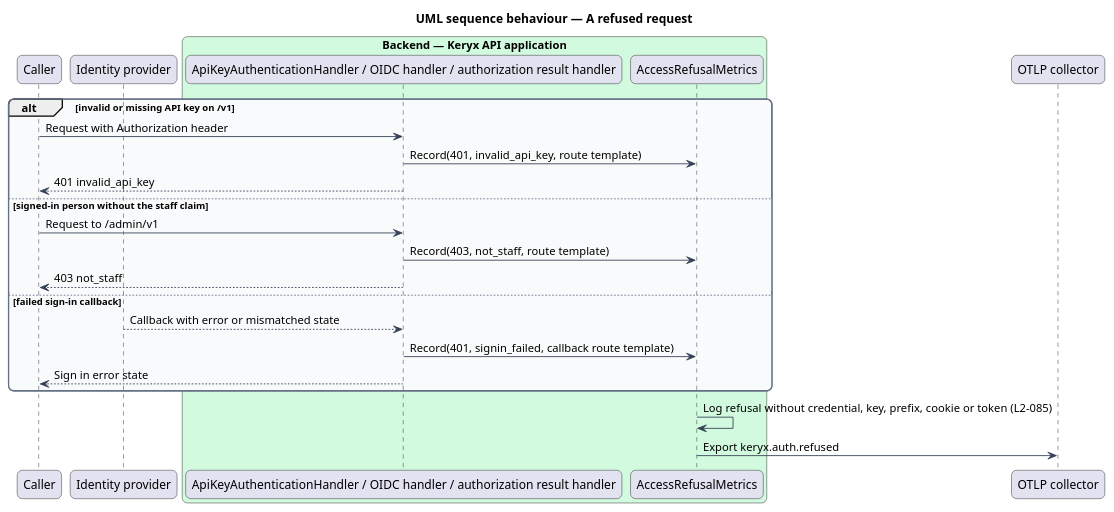
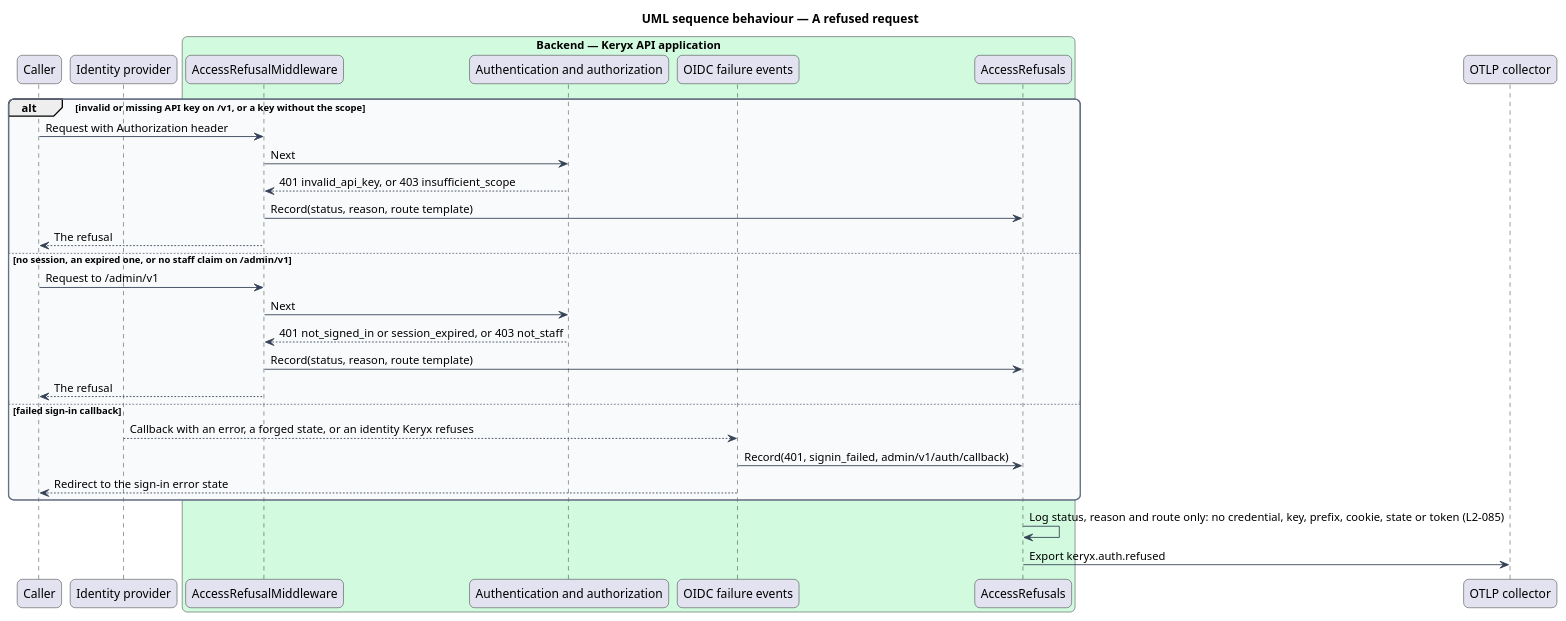
One commit to QuinntyneBrown/keryx changed the diagram in docs/detailed-designs/operations/audit-staff-actions/diagrams/sequence-refused-request.puml. Above: the diagram before and after it, drawn with PlantUML. The commit also changed 12 other files, not shown here.

First line of the commit message:
Count and log refused requests and failed sign-ins

```diff
--- a/docs/detailed-designs/operations/audit-staff-actions/diagrams/sequence-refused-request.puml
+++ b/docs/detailed-designs/operations/audit-staff-actions/diagrams/sequence-refused-request.puml
@@ -1,39 +1,45 @@
 @startuml
 title UML sequence behaviour — A refused request
 skinparam backgroundColor #FFFFFF
 skinparam shadowing false
 skinparam roundcorner 12
 skinparam defaultFontName Arial
 skinparam ArrowColor #344054
 skinparam rectangle {
   BorderColor #344054
   FontColor #101828
 }
 skinparam package {
   BorderColor #667085
   FontColor #101828
   BackgroundColor #F9FAFB
 }
 participant "Caller" as caller
 participant "Identity provider" as idp
 box "Backend — Keryx API application" #D1FADF
-  participant "ApiKeyAuthenticationHandler / OIDC handler / authorization result handler" as auth
-  participant "AccessRefusalMetrics" as metrics
+  participant "AccessRefusalMiddleware" as mw
+  participant "Authentication and authorization" as auth
+  participant "OIDC failure events" as oidc
+  participant "AccessRefusals" as refusals
 end box
 participant "OTLP collector" as otel
-alt invalid or missing API key on /v1
-  caller -> auth : Request with Authorization header
-  auth -> metrics : Record(401, invalid_api_key, route template)
-  auth --> caller : 401 invalid_api_key
-else signed-in person without the staff claim
-  caller -> auth : Request to /admin/v1
-  auth -> metrics : Record(403, not_staff, route template)
-  auth --> caller : 403 not_staff
+alt invalid or missing API key on /v1, or a key without the scope
+  caller -> mw : Request with Authorization header
+  mw -> auth : Next
+  auth --> mw : 401 invalid_api_key, or 403 insufficient_scope
+  mw -> refusals : Record(status, reason, route template)
+  mw --> caller : The refusal
+else no session, an expired one, or no staff claim on /admin/v1
+  caller -> mw : Request to /admin/v1
+  mw -> auth : Next
+  auth --> mw : 401 not_signed_in or session_expired, or 403 not_staff
+  mw -> refusals : Record(status, reason, route template)
+  mw --> caller : The refusal
 else failed sign-in callback
-  idp --> auth : Callback with error or mismatched state
-  auth -> metrics : Record(401, signin_failed, callback route template)
-  auth --> caller : Sign in error state
+  idp --> oidc : Callback with an error, a forged state, or an identity Keryx refuses
+  oidc -> refusals : Record(401, signin_failed, admin/v1/auth/callback)
+  oidc --> caller : Redirect to the sign-in error state
 end
-metrics -> metrics : Log refusal without credential, key, prefix, cookie or token (L2-085)
-metrics -> otel : Export keryx.auth.refused
+refusals -> refusals : Log status, reason and route only: no credential, key, prefix, cookie, state or token (L2-085)
+refusals -> otel : Export keryx.auth.refused
 @enduml
```
